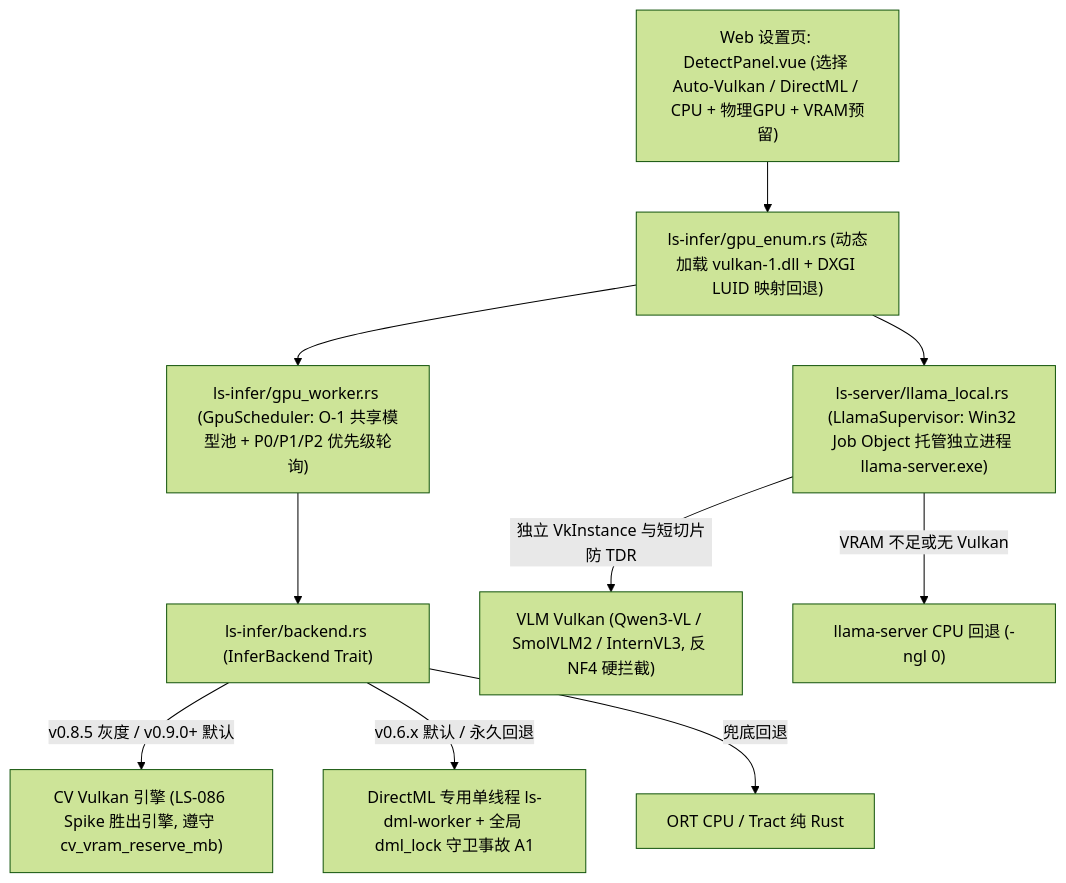
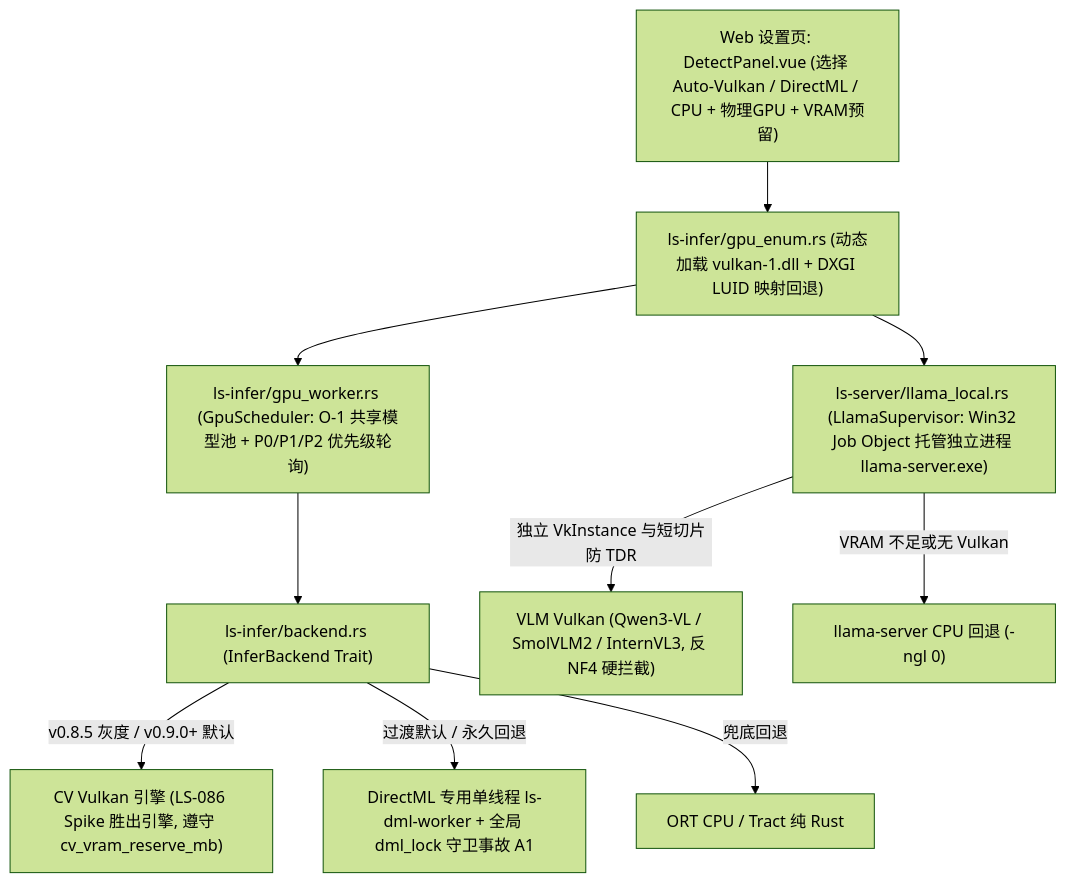
One commit to windyxyz/LabSentinel changed the second of 2 diagrams in docs/plan/v1.0.0-roadmap.md. Above: the diagram before and after it, drawn with Mermaid (forest theme). The commit also changed other lines of this file and 203 other files, not shown here.

````diff
--- a/docs/plan/v1.0.0-roadmap.md
+++ b/docs/plan/v1.0.0-roadmap.md
@@ -139,12 +142,12 @@
 ```mermaid
 flowchart TD
     UI["Web 设置页: DetectPanel.vue (选择 Auto-Vulkan / DirectML / CPU + 物理GPU + VRAM预留)"] --> ENUM["ls-infer/gpu_enum.rs (动态加载 vulkan-1.dll + DXGI LUID 映射回退)"]
     ENUM --> SCH["ls-infer/gpu_worker.rs (GpuScheduler: O-1 共享模型池 + P0/P1/P2 优先级轮询)"]
     ENUM --> LLAMA["ls-server/llama_local.rs (LlamaSupervisor: Win32 Job Object 托管独立进程 llama-server.exe)"]
     SCH --> BE["ls-infer/backend.rs (InferBackend Trait)"]
     BE -->|"v0.8.5 灰度 / v0.9.0+ 默认"| VKCV["CV Vulkan 引擎 (LS-086 Spike 胜出引擎, 遵守 cv_vram_reserve_mb)"]
-    BE -->|"v0.6.x 默认 / 永久回退"| DML["DirectML 专用单线程 ls-dml-worker + 全局 dml_lock 守卫事故 A1"]
+    BE -->|"过渡默认 / 永久回退"| DML["DirectML 专用单线程 ls-dml-worker + 全局 dml_lock 守卫事故 A1"]
     BE -->|"兜底回退"| CPU["ORT CPU / Tract 纯 Rust"]
     LLAMA -->|"独立 VkInstance 与短切片防 TDR"| VKVLM["VLM Vulkan (Qwen3-VL / SmolVLM2 / InternVL3, 反 NF4 硬拦截)"]
     LLAMA -->|"VRAM 不足或无 Vulkan"| CPUVLM["llama-server CPU 回退 (-ngl 0)"]
 ```
````
